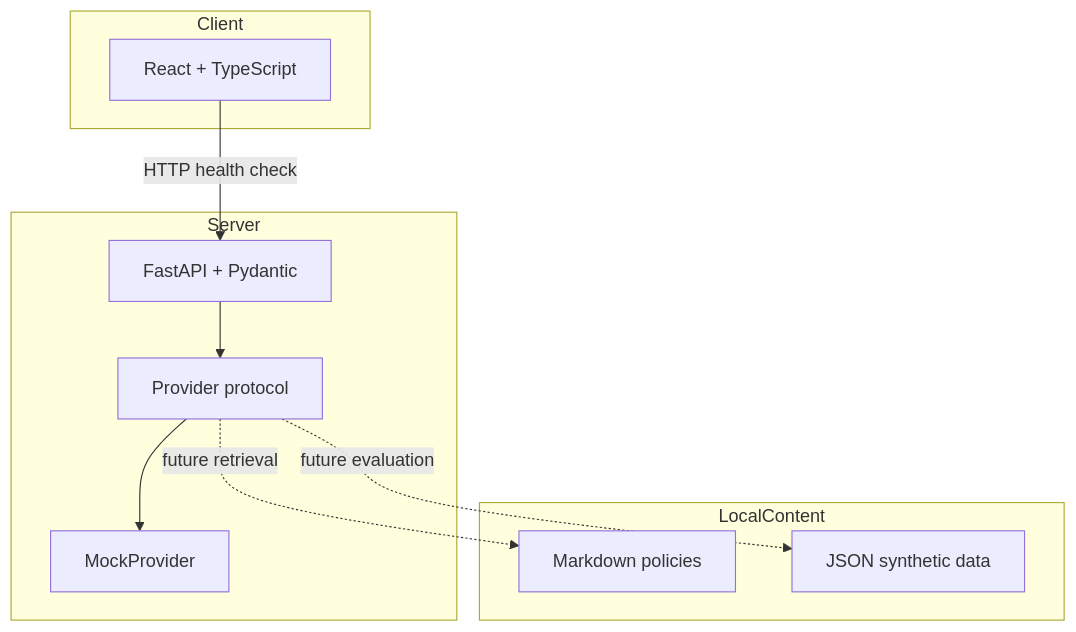
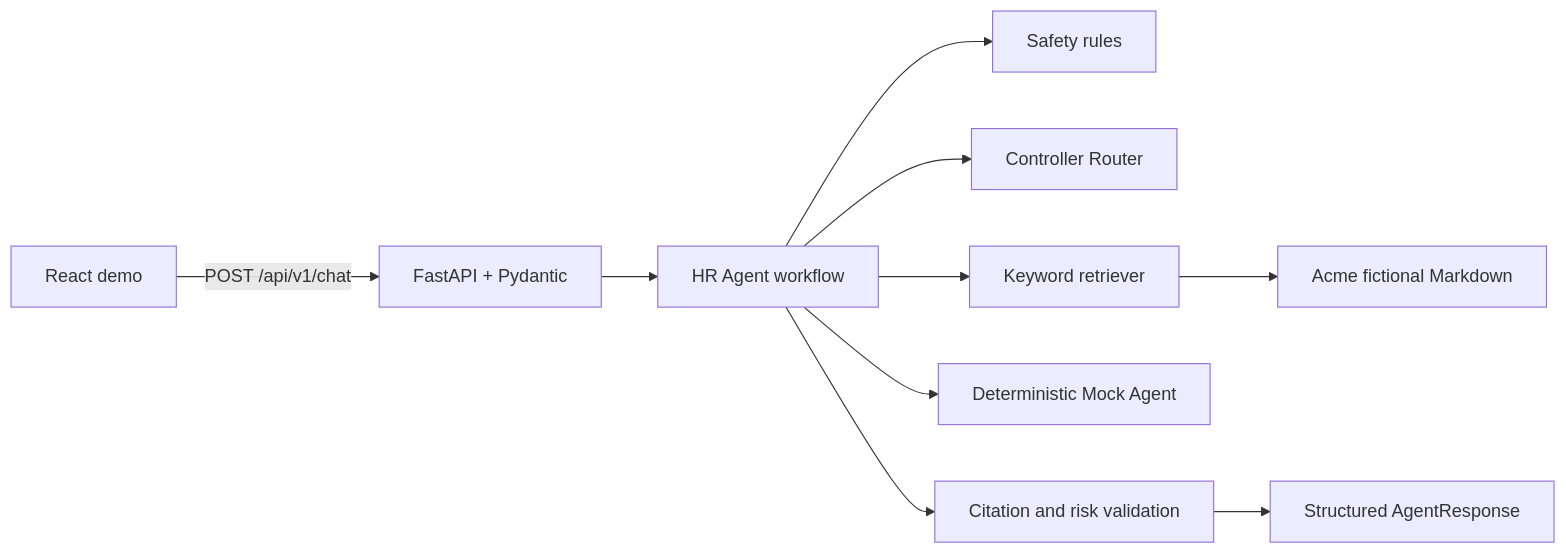
The first of 2 diagrams in docs/architecture.md (YueLi1994/openhr-agent), drawn with Mermaid before and after one commit. The commit also changed other lines of this file and 26 other files, not shown here.

First line of the commit message:
feat: implement core HR agent workflow (#2)

````diff
--- a/docs/architecture.md
+++ b/docs/architecture.md
@@ -5,19 +5,12 @@
 ```mermaid
-flowchart TB
-  subgraph Client
-    Web[React + TypeScript]
-  end
-  subgraph Server
-    API[FastAPI + Pydantic]
-    Core[Provider protocol]
-    Mock[MockProvider]
-  end
-  subgraph LocalContent
-    Policies[Markdown policies]
-    Fixtures[JSON synthetic data]
-  end
-  Web -->|HTTP health check| API
-  API --> Core --> Mock
-  Core -. future retrieval .-> Policies
-  Core -. future evaluation .-> Fixtures
+flowchart LR
+  Web[React demo] -->|POST /api/v1/chat| API[FastAPI + Pydantic]
+  API --> WF[HR Agent workflow]
+  WF --> Safe[Safety rules]
+  WF --> Route[Controller Router]
+  WF --> Retrieve[Keyword retriever]
+  Retrieve --> KB[Acme fictional Markdown]
+  WF --> Mock[Deterministic Mock Agent]
+  WF --> Validate[Citation and risk validation]
+  Validate --> Response[Structured AgentResponse]
 ```
````
